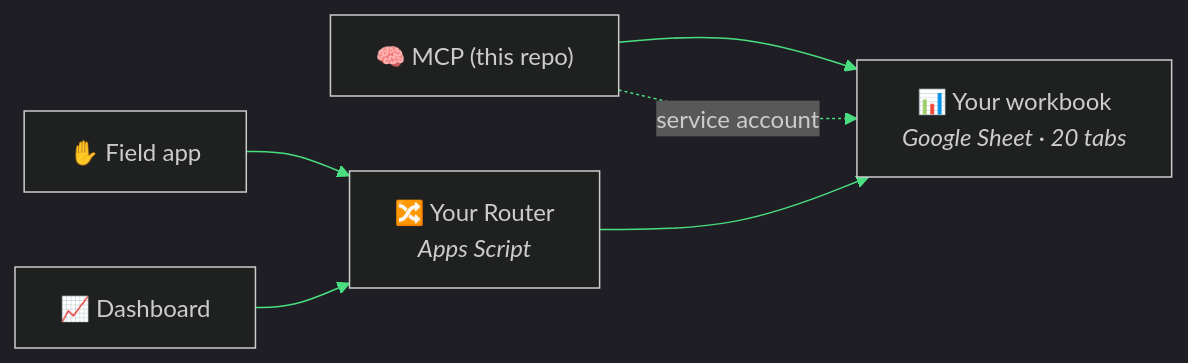
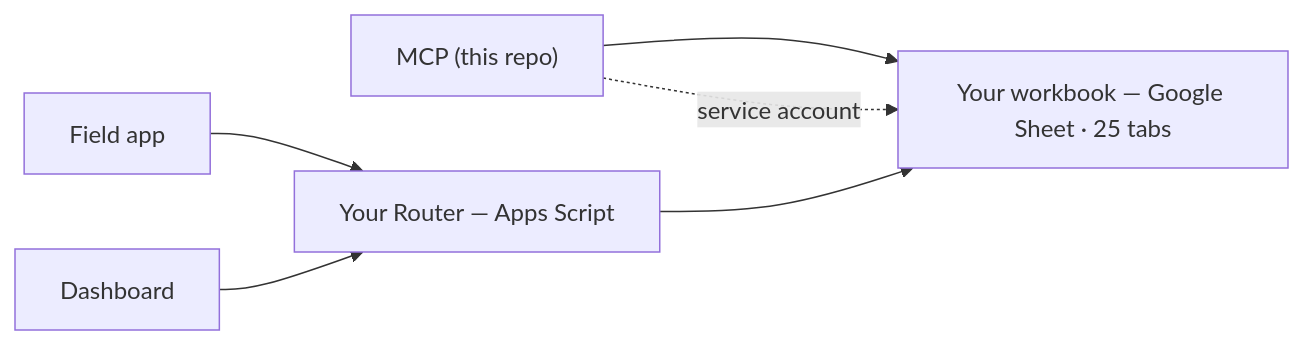
Before and after one commit to kr8tiv-ai/evolved: the diagram in docs/STAND-UP-YOUR-OWN.md, drawn with Mermaid. The commit also changed other lines of this file and 6 other files, not shown here.

Commit message:
Docs: GitHub-safe mermaid across all 5 diagrams + reconcile 20->25 tab counts everywhere

````diff
--- a/docs/STAND-UP-YOUR-OWN.md
+++ b/docs/STAND-UP-YOUR-OWN.md
@@ -13,9 +13,8 @@
 ```mermaid
-%%{init: {"theme": "dark", "themeVariables": {"primaryColor": "#101010", "primaryBorderColor": "#4ade80", "primaryTextColor": "#f3f4f6", "lineColor": "#4ade80", "fontFamily": "Segoe UI"}}}%%
 flowchart LR
-    MCP["🧠 MCP (this repo)"] --> WB["📊 Your workbook<br><i>Google Sheet · 20 tabs</i>"]
-    FA["✋ Field app"] --> RT["🔀 Your Router<br><i>Apps Script</i>"]
-    DASH["📈 Dashboard"] --> RT
+    MCP["MCP (this repo)"] --> WB["Your workbook — Google Sheet · 25 tabs"]
+    FA["Field app"] --> RT["Your Router — Apps Script"]
+    DASH["Dashboard"] --> RT
     RT --> WB
     MCP -. service account .-> WB
 ```
````
